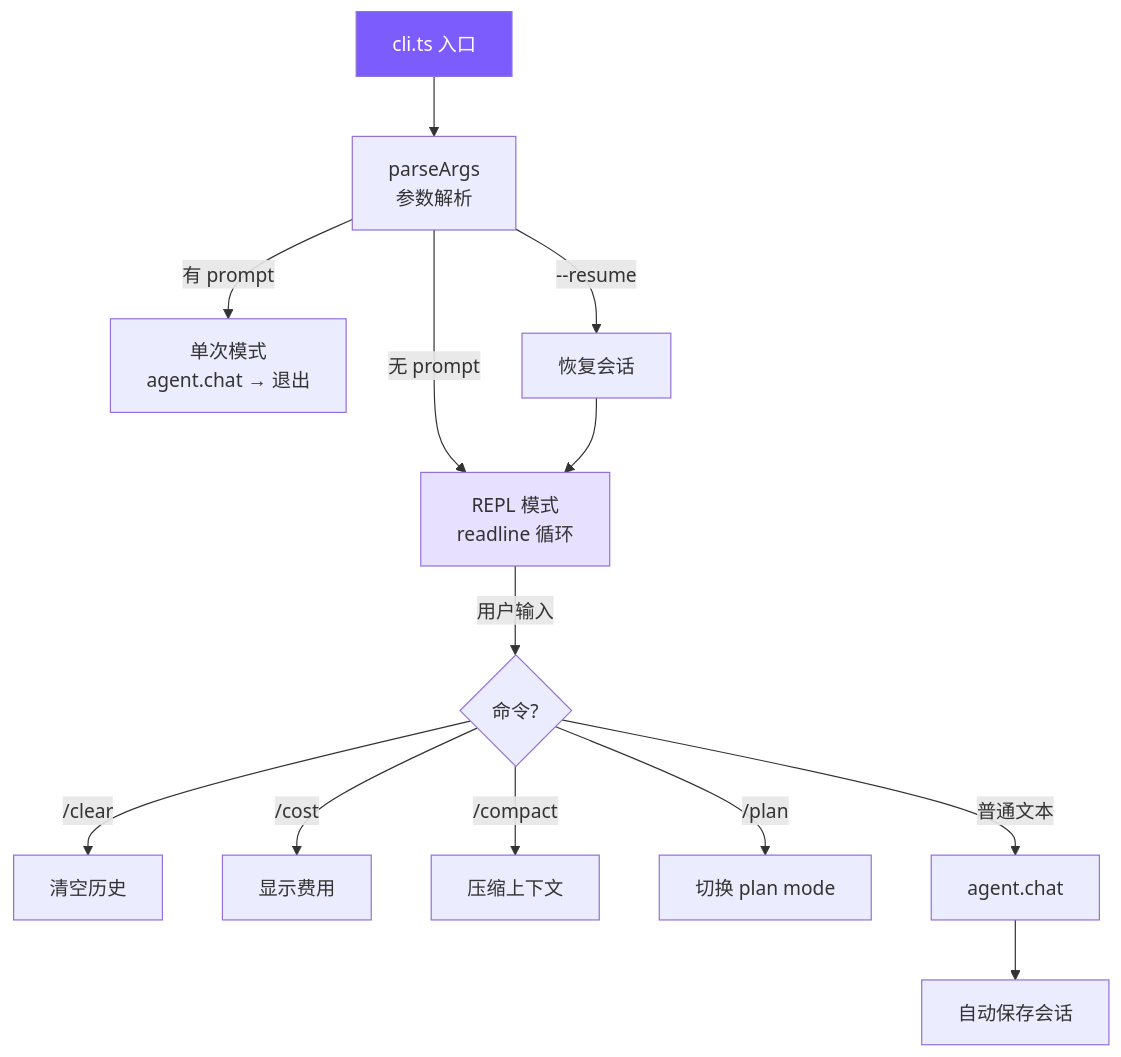
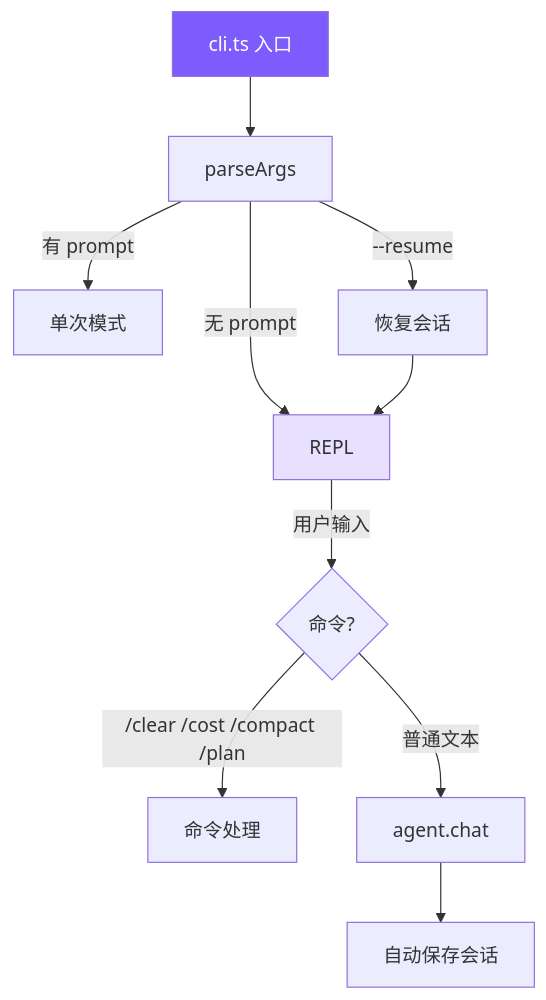
Before and after one commit to joinmouse/claude-code-mini: the diagram in docs/04-cli-session.md, drawn with Mermaid. The commit also changed other lines of this file and 30 other files, not shown here.

````diff
--- a/docs/04-cli-session.md
+++ b/docs/04-cli-session.md
@@ -7,18 +5,15 @@
 ```mermaid
 graph TB
-    Entry[cli.ts 入口] --> Parse[parseArgs<br/>参数解析]
-    Parse --> |有 prompt| OneShot[单次模式<br/>agent.chat → 退出]
-    Parse --> |无 prompt| REPL[REPL 模式<br/>readline 循环]
+    Entry[cli.ts 入口] --> Parse[parseArgs]
+    Parse --> |有 prompt| OneShot[单次模式]
+    Parse --> |无 prompt| REPL[REPL]
     Parse --> |--resume| Restore[恢复会话]
     Restore --> REPL
     REPL --> |用户输入| Cmd{命令?}
-    Cmd -->|/clear| Clear[清空历史]
-    Cmd -->|/cost| Cost[显示费用]
-    Cmd -->|/compact| Compact[压缩上下文]
-    Cmd -->|/plan| Plan[切换 plan mode]
+    Cmd -->|/clear /cost /compact /plan| Handler[命令处理]
     Cmd -->|普通文本| Chat[agent.chat]
     Chat --> Save[自动保存会话]
 
     style Entry fill:#7c5cfc,color:#fff
     style REPL fill:#e8e0ff
 ```
````
